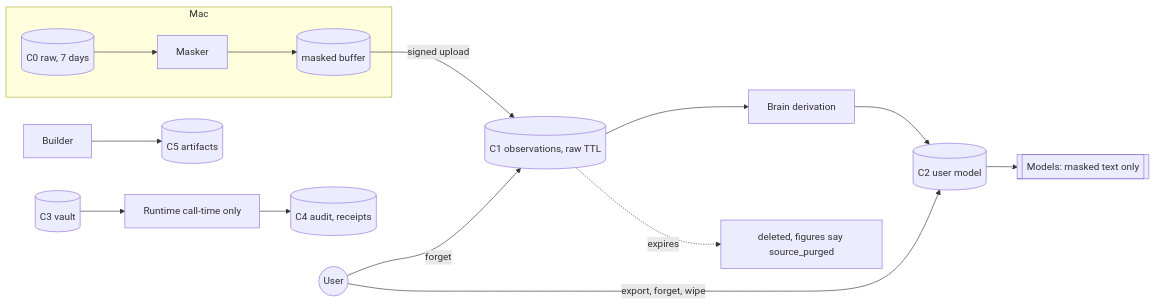
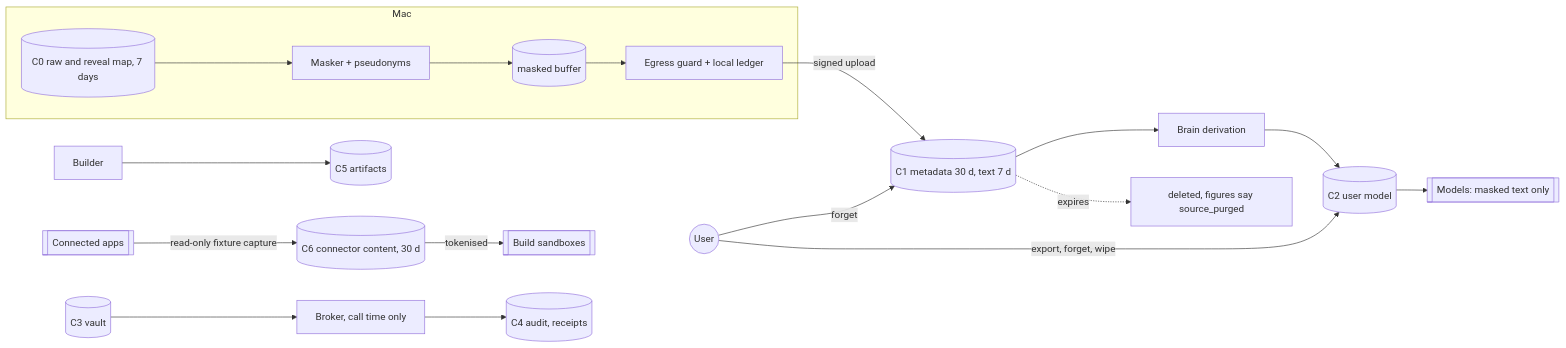
Before and after one commit to tabani-png/offload-v2: diagram 19 of 21 in docs/ARCHITECTURE.md, drawn with Mermaid. The commit also changed other lines of this file and 11 other files, not shown here.

Commit message:
docs: architecture, data model, API, roadmap, open questions OQ-23 to OQ-26, glossary, README, agent rules (Claude Code standing rule)

````diff
--- a/docs/ARCHITECTURE.md
+++ b/docs/ARCHITECTURE.md
@@ -566,15 +813,18 @@
 ```mermaid
 flowchart LR
   subgraph mac[Mac]
-    C0[(C0 raw, 7 days)] --> MK[Masker] --> C1L[(masked buffer)]
+    C0[(C0 raw and reveal map, 7 days)] --> MK[Masker + pseudonyms] --> C1L[(masked buffer)]
+    C1L --> GUARD[Egress guard + local ledger]
   end
-  C1L -->|signed upload| C1[(C1 observations, raw TTL)]
+  GUARD -->|signed upload| C1[(C1 metadata 30 d, text 7 d)]
   C1 --> DER[Brain derivation] --> C2[(C2 user model)]
   C1 -.->|expires| GONE[deleted, figures say source_purged]
   C2 --> MODELS[[Models: masked text only]]
-  C3[(C3 vault)] --> RUN[Runtime call-time only]
-  RUN --> C4[(C4 audit, receipts)]
+  CONN[[Connected apps]] -->|read-only fixture capture| C6[(C6 connector content, 30 d)]
+  C6 -->|tokenised| SBX[[Build sandboxes]]
+  C3[(C3 vault)] --> BRK[Broker, call time only]
+  BRK --> C4[(C4 audit, receipts)]
   BUILD[Builder] --> C5[(C5 artifacts)]
   USER((User)) -->|export, forget, wipe| C2
   USER -->|forget| C1
 ```
````
